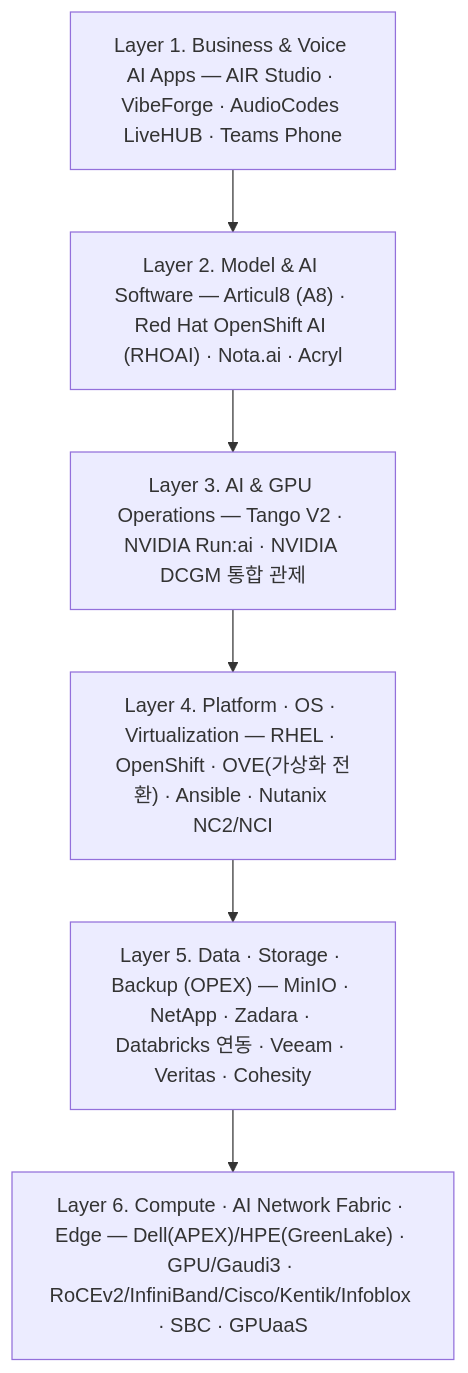
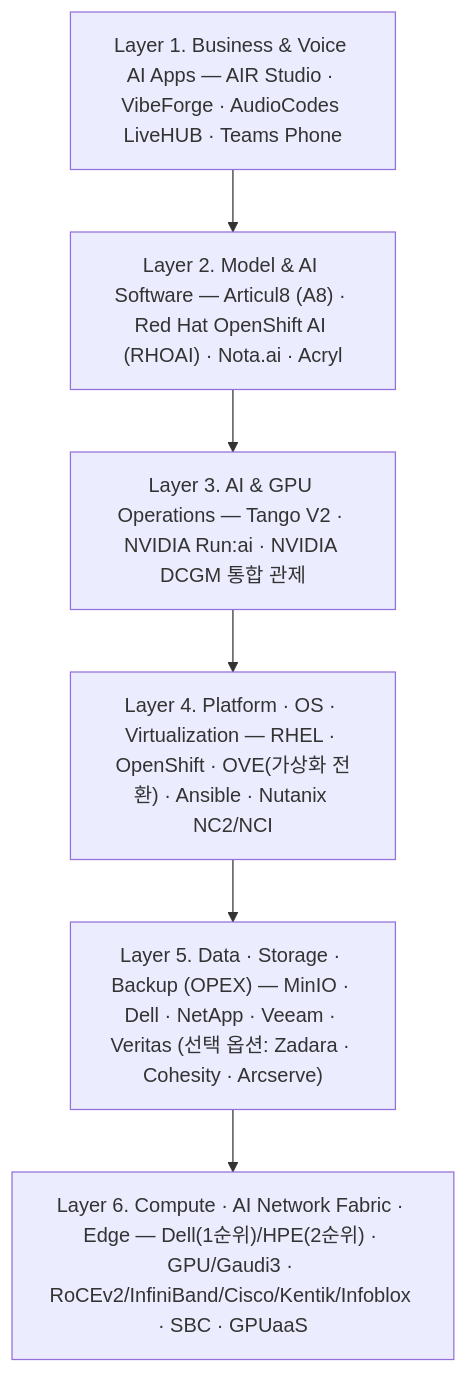
Before and after one commit to kesperinc/aifullstack_issu: the second of 3 diagrams in docs/HYBRID_CLOUD_TEAM_STRATEGY_MASTER_INTEGRATED.md, drawn with Mermaid. The commit also changed other lines of this file and 8 other files, not shown here.

````diff
--- a/docs/HYBRID_CLOUD_TEAM_STRATEGY_MASTER_INTEGRATED.md
+++ b/docs/HYBRID_CLOUD_TEAM_STRATEGY_MASTER_INTEGRATED.md
@@ -102,10 +110,10 @@
 ```mermaid
 flowchart TB
     L1["Layer 1. Business & Voice AI Apps — AIR Studio · VibeForge · AudioCodes LiveHUB · Teams Phone"]
     L2["Layer 2. Model & AI Software — Articul8 (A8) · Red Hat OpenShift AI (RHOAI) · Nota.ai · Acryl"]
     L3["Layer 3. AI & GPU Operations — Tango V2 · NVIDIA Run:ai · NVIDIA DCGM 통합 관제"]
     L4["Layer 4. Platform · OS · Virtualization — RHEL · OpenShift · OVE(가상화 전환) · Ansible · Nutanix NC2/NCI"]
-    L5["Layer 5. Data · Storage · Backup (OPEX) — MinIO · NetApp · Zadara · Databricks 연동 · Veeam · Veritas · Cohesity"]
-    L6["Layer 6. Compute · AI Network Fabric · Edge — Dell(APEX)/HPE(GreenLake) · GPU/Gaudi3 · RoCEv2/InfiniBand/Cisco/Kentik/Infoblox · SBC · GPUaaS"]
+    L5["Layer 5. Data · Storage · Backup (OPEX) — MinIO · Dell · NetApp · Veeam · Veritas (선택 옵션: Zadara · Cohesity · Arcserve)"]
+    L6["Layer 6. Compute · AI Network Fabric · Edge — Dell(1순위)/HPE(2순위) · GPU/Gaudi3 · RoCEv2/InfiniBand/Cisco/Kentik/Infoblox · SBC · GPUaaS"]
     L1 --> L2 --> L3 --> L4 --> L5 --> L6
 ```
````
